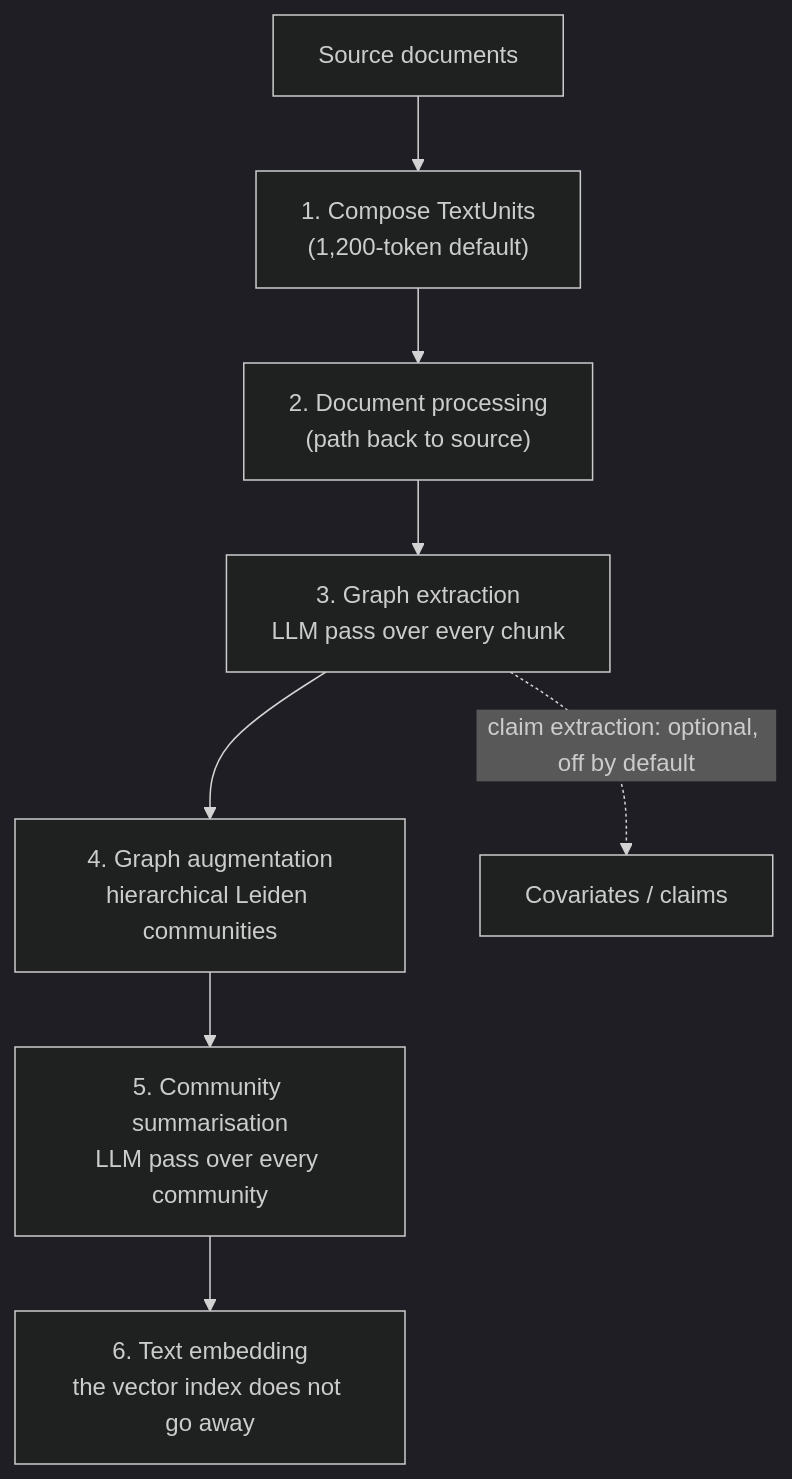
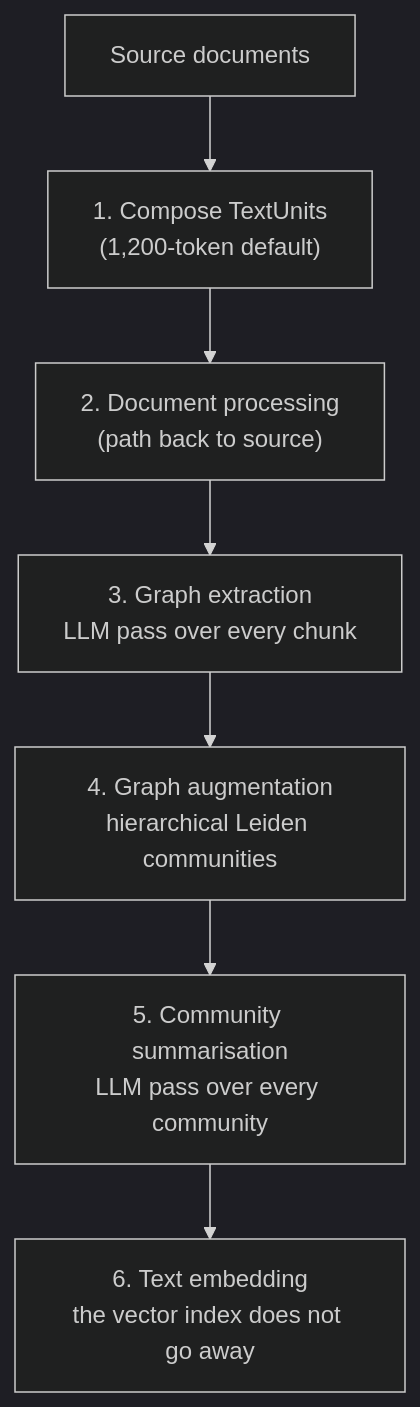
The diagram in docs/part-1-rag/structured-knowledge/deep-dive.md (NikolaiSachok/ai-engineering-handbook), drawn with Mermaid (dark theme) before and after one commit. The commit also changed 3 other files, not shown here.

First line of the commit message:
fix(diagrams): the pipeline diagram still clipped on a phone — drop the redundant side branch

````diff
--- a/docs/part-1-rag/structured-knowledge/deep-dive.md
+++ b/docs/part-1-rag/structured-knowledge/deep-dive.md
@@ -43,10 +43,9 @@
 ```mermaid
 flowchart TB
     D["Source documents"] --> P1["1. Compose TextUnits<br/>(1,200-token default)"]
     P1 --> P2["2. Document processing<br/>(path back to source)"]
     P2 --> P3["3. Graph extraction<br/>LLM pass over every chunk"]
     P3 --> P4["4. Graph augmentation<br/>hierarchical Leiden communities"]
     P4 --> P5["5. Community summarisation<br/>LLM pass over every community"]
     P5 --> P6["6. Text embedding<br/>the vector index does not go away"]
-    P3 -.->|"claim extraction: optional, off by default"| CL["Covariates / claims"]
 ```
````
